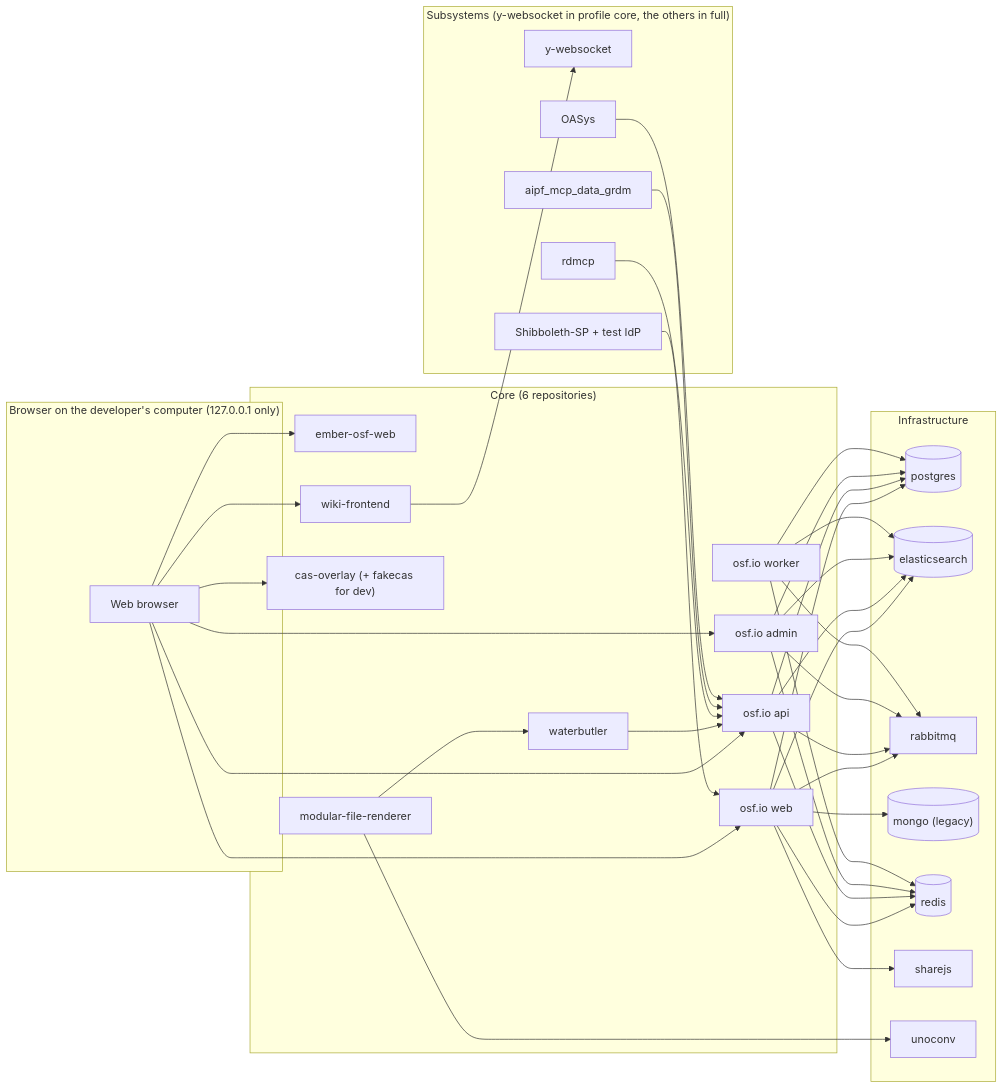
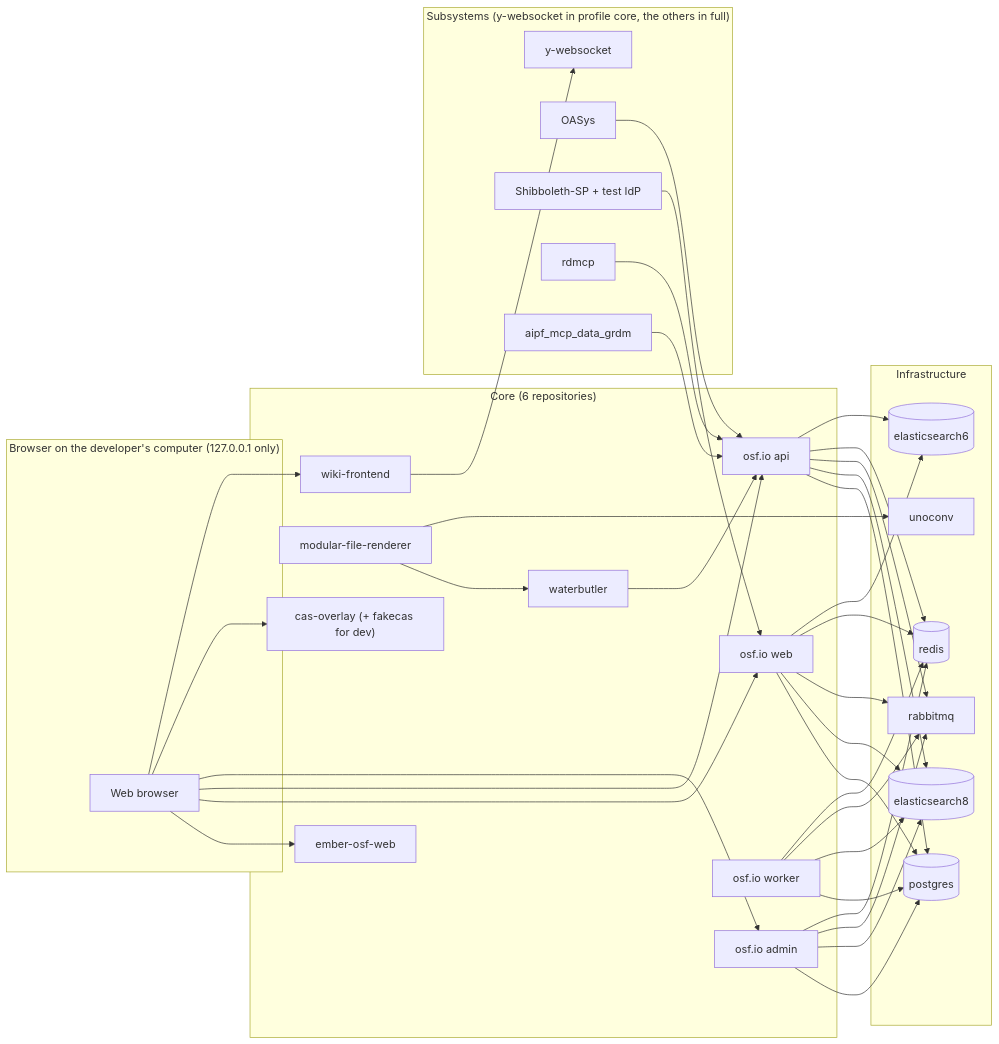
One commit to RCOSDP/RDM-developer-guide changed the first of 4 diagrams in docs/spec/00_overview.md. Above: the diagram before and after it, drawn with Mermaid. The commit also changed other lines of this file and 10 other files, not shown here.

````diff
--- a/docs/spec/00_overview.md
+++ b/docs/spec/00_overview.md
@@ -38,42 +39,41 @@
 ```mermaid
 flowchart LR
   subgraph browser["Browser on the developer's computer (127.0.0.1 only)"]
     B[Web browser]
   end
   subgraph core["Core (6 repositories)"]
     EMB[ember-osf-web]
     OSFW[osf.io web]
     OSFA[osf.io api]
     OSFM[osf.io admin]
     OSFK[osf.io worker]
     WB[waterbutler]
     MFR[modular-file-renderer]
     CAS["cas-overlay (+ fakecas for dev)"]
     WIKI[wiki-frontend]
   end
   subgraph infra["Infrastructure"]
     PG[(postgres)]
-    ES[(elasticsearch)]
+    ES[(elasticsearch8)]
+    ES6[(elasticsearch6)]
     MQ[rabbitmq]
-    MG[("mongo (legacy)")]
     RD[(redis)]
-    SJ[sharejs]
     UNO[unoconv]
   end
   subgraph subs["Subsystems (y-websocket in profile core, the others in full)"]
     YWS[y-websocket]
     OAS[OASys]
     SHIB["Shibboleth-SP + test IdP"]
     MCP[rdmcp]
     AIPF[aipf_mcp_data_grdm]
   end
   B --> EMB & OSFW & OSFA & OSFM & CAS & WIKI
   OSFW & OSFA & OSFM & OSFK --> PG & ES & MQ & RD
-  OSFW --> SJ & MG
+  OSFW & OSFA --> ES6
   WB --> OSFA
   MFR --> WB & UNO
   WIKI --> YWS
   SHIB --> OSFW
   MCP & AIPF --> OSFA
   OAS --> OSFA
 ```
````
